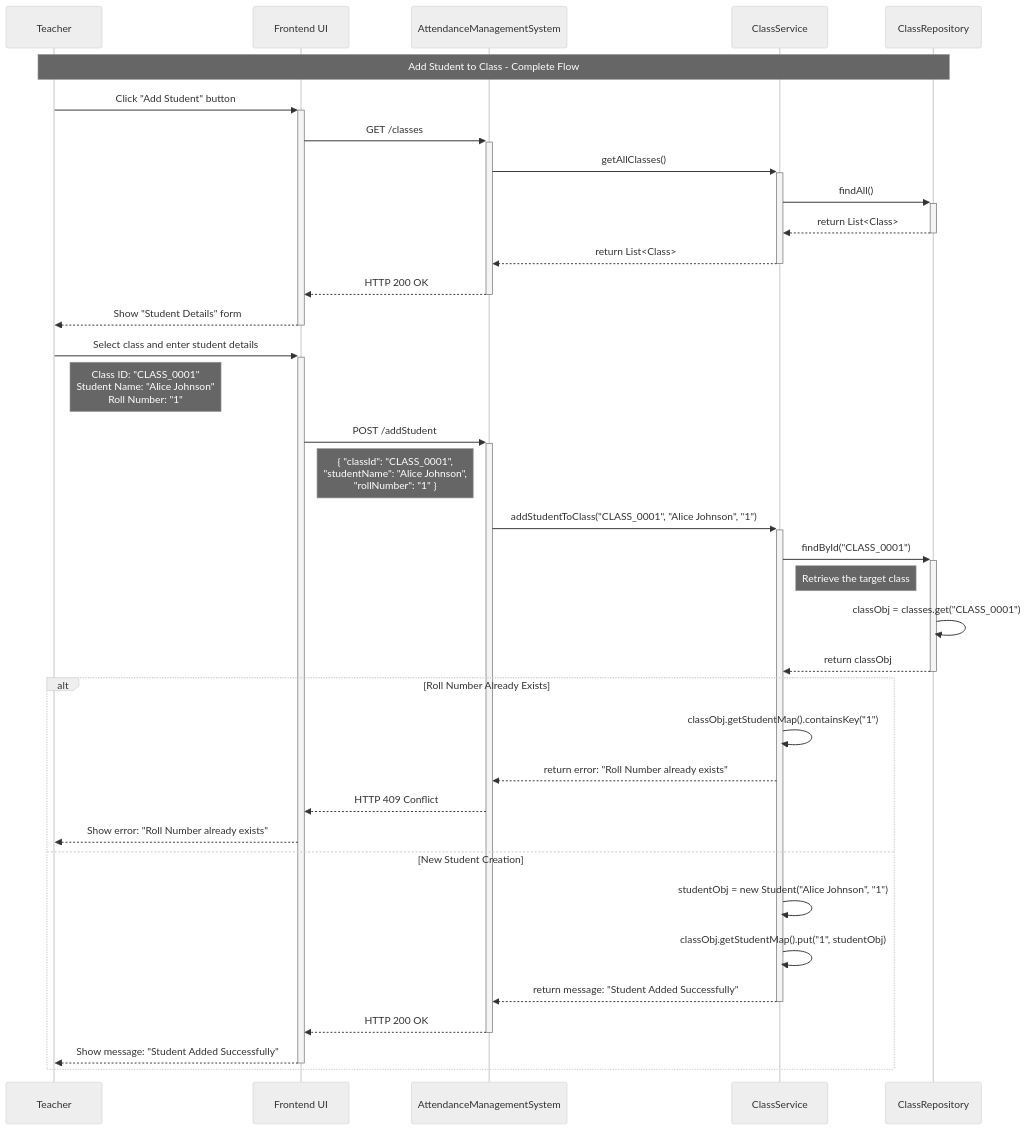
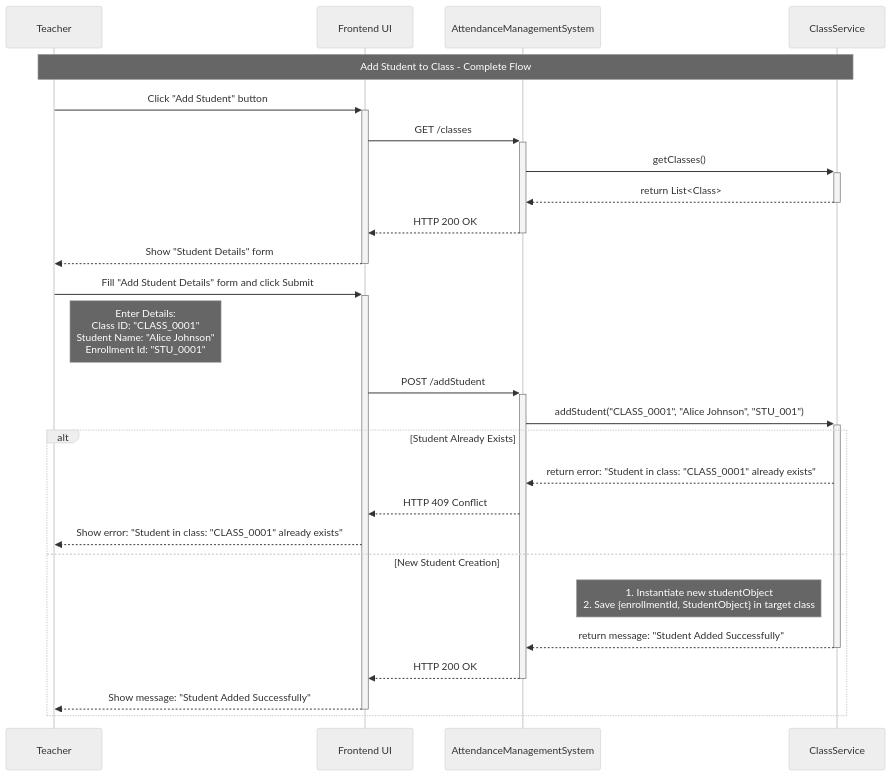
One commit to NishchayAnand/software-engineering changed the second of 4 diagrams in Backend Engineering/Case Studies/Case Study 1. Attendance Management System/Documentation/2. Sequence Flow.md. Above: the diagram before and after it, drawn with Mermaid (neutral theme). The commit also changed other lines of this file and 15 other files, not shown here.

````diff
--- a/Backend Engineering/Case Studies/Case Study 1. Attendance Management System/Documentation/2. Sequence Flow.md
+++ b/Backend Engineering/Case Studies/Case Study 1. Attendance Management System/Documentation/2. Sequence Flow.md
@@ -81,43 +81,34 @@
 ```mermaid
 sequenceDiagram
 	participant T as Teacher
 	participant UI as Frontend UI
 	participant AMS as AttendanceManagementSystem
 	participant CS as ClassService
-	participant CR as ClassRepository
 
-	Note over T,CR: Add Student to Class - Complete Flow
+	Note over T,CS: Add Student to Class - Complete Flow
 
 	%% Interaction 1: Click the "Add Student" Button
 	T->>+UI: Click "Add Student" button
 	UI->>+AMS: GET /classes
-	AMS->>+CS: getAllClasses()
-	CS->>+CR: findAll()
-	CR-->>-CS: return List<Class>
+	AMS->>+CS: getClasses()
 	CS-->>-AMS: return List<Class>
 	AMS-->>-UI: HTTP 200 OK
 	UI-->>-T: Show "Student Details" form
 
-	%% Interaction 2: Submit the "Add Student Details" Form
-	T->>+UI: Select class and enter student details
-	Note right of T: Class ID: "CLASS_0001"<br/>Student Name: "Alice Johnson" <br/>Roll Number: "1"
+	%% Interaction 2: Submit "Add Student Details" Form
+	T->>+UI: Fill "Add Student Details" form and click Submit
+	Note right of T: Enter Details: <br/> Class ID: "CLASS_0001"<br/>Student Name: "Alice Johnson" <br/>Enrollment Id: "STU_0001"
 	UI->>+AMS: POST /addStudent
-	Note right of UI: { "classId": "CLASS_0001",<br/> "studentName": "Alice Johnson",<br/> "rollNumber": "1" }
-	AMS->>+CS: addStudentToClass("CLASS_0001", "Alice Johnson", "1")
-	CS->>+CR: findById("CLASS_0001")
-	Note right of CS: Retrieve the target class
-	CR->>CR: classObj = classes.get("CLASS_0001")
-	CR-->>-CS: return classObj
-	alt Roll Number Already Exists
-		CS->>CS: classObj.getStudentMap().containsKey("1")
-		CS-->>AMS: return error: "Roll Number already exists"
+
+	AMS->>+CS: addStudent("CLASS_0001", "Alice Johnson", "STU_001")
+	alt Student Already Exists
+		CS-->>AMS: return error: "Student in class: "CLASS_0001" already exists"
 		AMS-->>UI: HTTP 409 Conflict
-		UI-->>T: Show error: "Roll Number already exists"
+		UI-->>T: Show error: "Student in class: "CLASS_0001" already exists"
 	else New Student Creation
-		CS->>CS: studentObj = new Student("Alice Johnson", "1")
-		CS->>CS: classObj.getStudentMap().put("1", studentObj)
+		Note left of CS: 1. Instantiate new studentObject <br/> 2. Save {enrollmentId, StudentObject} in target class
 		CS-->>-AMS: return message: "Student Added Successfully"
 		AMS-->>-UI: HTTP 200 OK
 		UI-->>-T: Show message: "Student Added Successfully"
 	end
 ```
````
